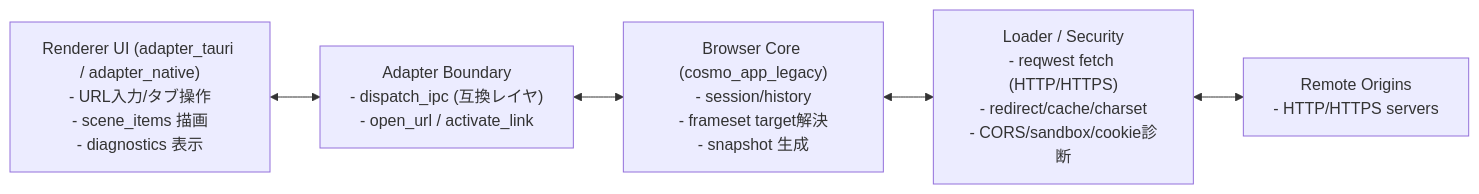
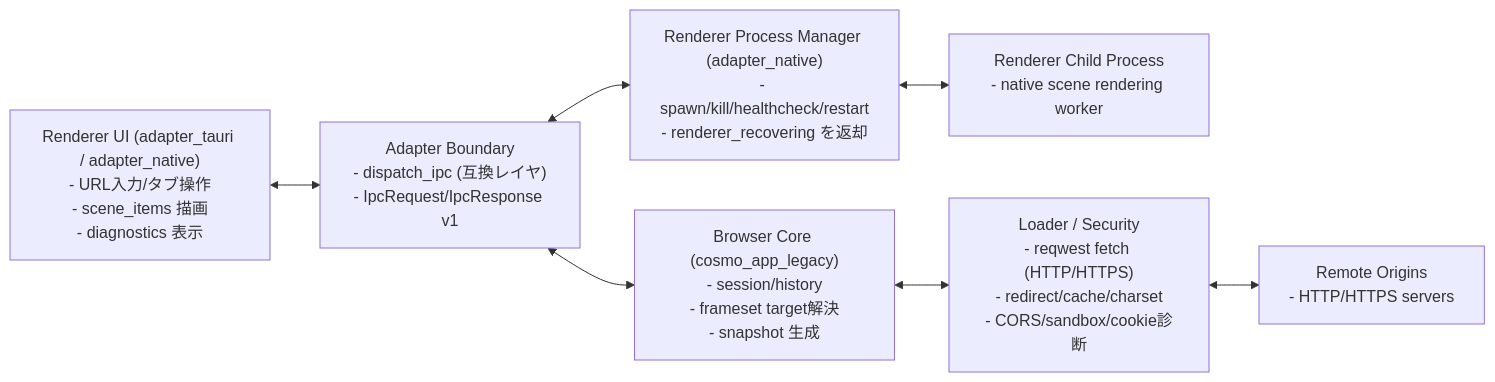
Before and after one commit to pkaiy81/CosmoBrowse: the diagram in docs/architecture/runtime-topology.md, drawn with Mermaid. The commit also changed other lines of this file and 8 other files, not shown here.

Commit message:
docs: update roadmap progress and recovery architecture flows

````diff
--- a/docs/architecture/runtime-topology.md
+++ b/docs/architecture/runtime-topology.md
@@ -8,13 +8,17 @@
 ```mermaid
 flowchart LR
   UI["Renderer UI (adapter_tauri / adapter_native)\n- URL入力/タブ操作\n- scene_items 描画\n- diagnostics 表示"]
-  IPC["Adapter Boundary\n- dispatch_ipc (互換レイヤ)\n- open_url / activate_link"]
+  IPC["Adapter Boundary\n- dispatch_ipc (互換レイヤ)\n- IpcRequest/IpcResponse v1"]
+  PM["Renderer Process Manager (adapter_native)\n- spawn/kill/healthcheck/restart\n- renderer_recovering を返却"]
+  RP["Renderer Child Process\n- native scene rendering worker"]
   CORE["Browser Core (cosmo_app_legacy)\n- session/history\n- frameset target解決\n- snapshot 生成"]
   NET["Loader / Security\n- reqwest fetch (HTTP/HTTPS)\n- redirect/cache/charset\n- CORS/sandbox/cookie診断"]
   EXT["Remote Origins\n- HTTP/HTTPS servers"]
 
   UI <--> IPC
+  IPC <--> PM
+  PM <--> RP
   IPC <--> CORE
   CORE <--> NET
   NET <--> EXT
 ```
````
